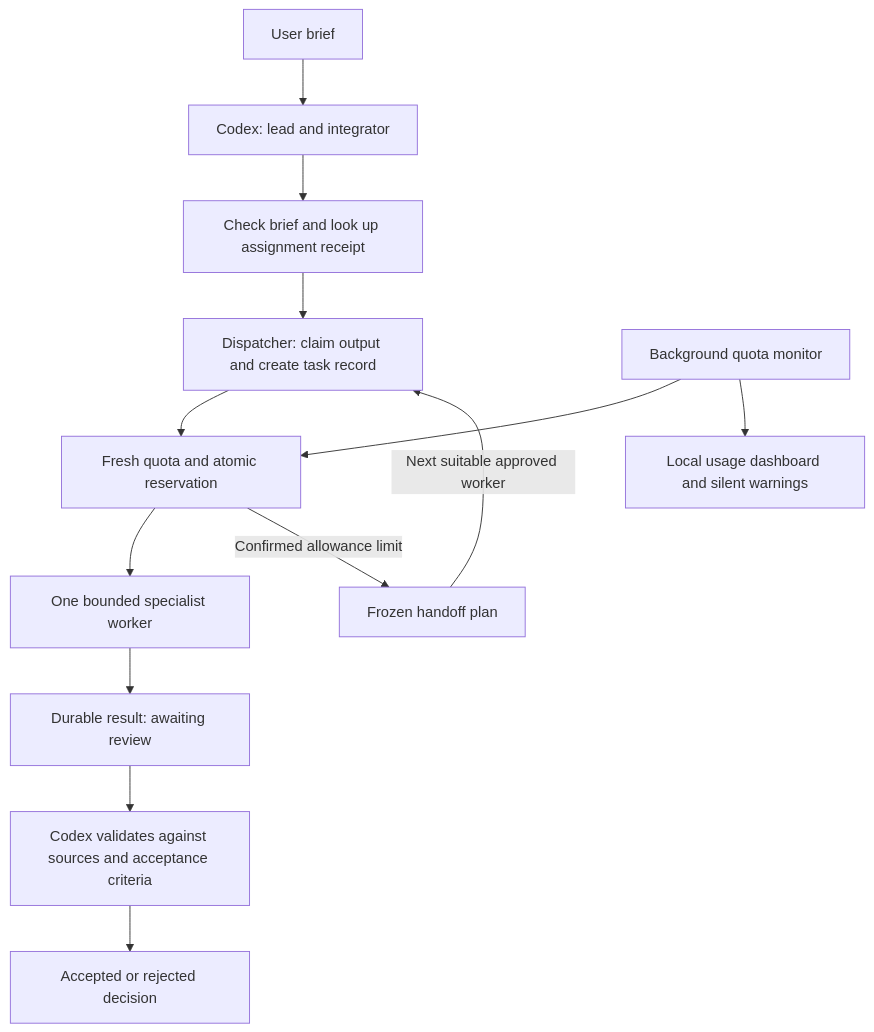
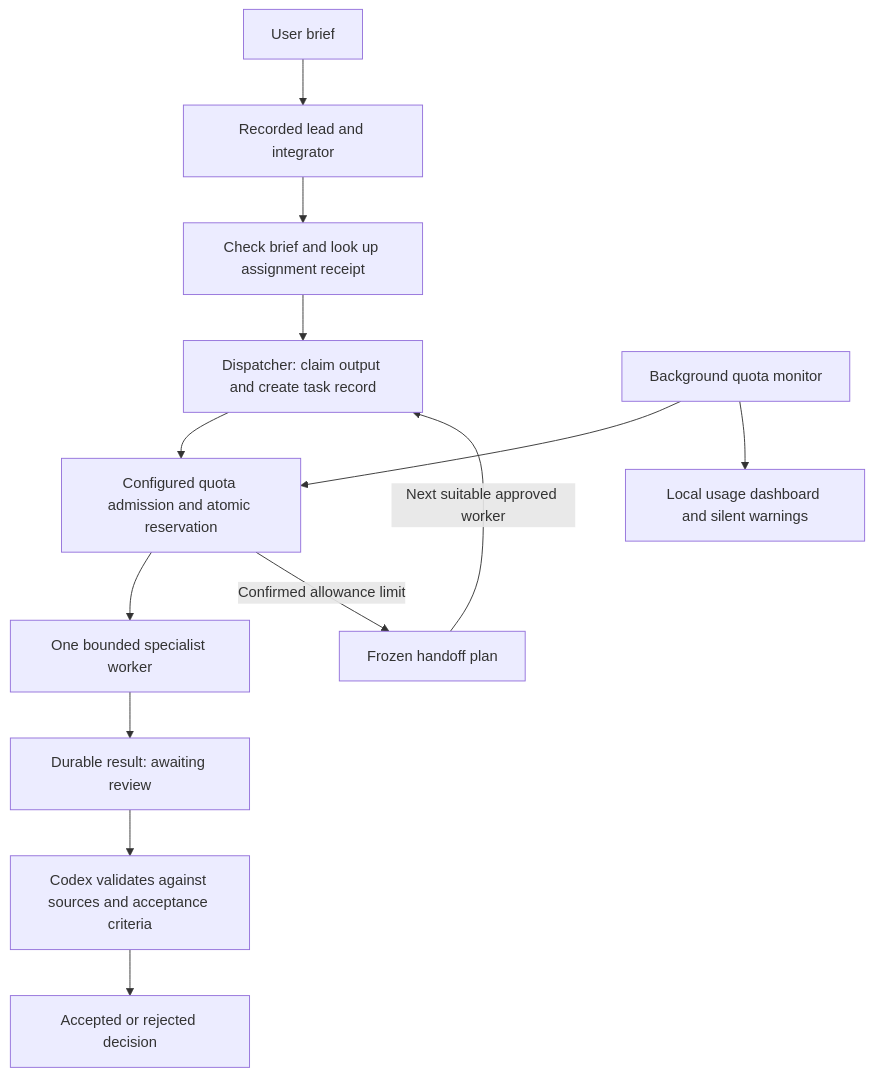
The diagram in docs/ARCHITECTURE.md (Blast3d/Agent-Orchestrator), drawn with Mermaid before and after one commit. The commit also changed other lines of this file and 59 other files, not shown here.

````diff
--- a/docs/ARCHITECTURE.md
+++ b/docs/ARCHITECTURE.md
@@ -3,15 +3,15 @@
 ```mermaid
 flowchart TD
-  U[User brief] --> C[Codex: lead and integrator]
+  U[User brief] --> C[Recorded lead and integrator]
   C --> B[Check brief and look up assignment receipt]
   B --> D[Dispatcher: claim output and create task record]
-  D --> Q[Fresh quota and atomic reservation]
+  D --> Q[Configured quota admission and atomic reservation]
   Q --> W[One bounded specialist worker]
   Q -->|Confirmed allowance limit| F[Frozen handoff plan]
   F -->|Next suitable approved worker| D
   W --> R[Durable result: awaiting review]
   R --> V[Codex validates against sources and acceptance criteria]
   V --> A[Accepted or rejected decision]
   M[Background quota monitor] --> Q
   M --> H[Local usage dashboard and silent warnings]
 ```
````
